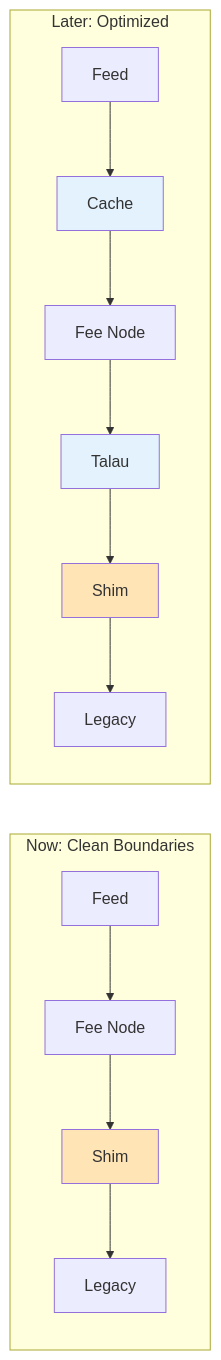
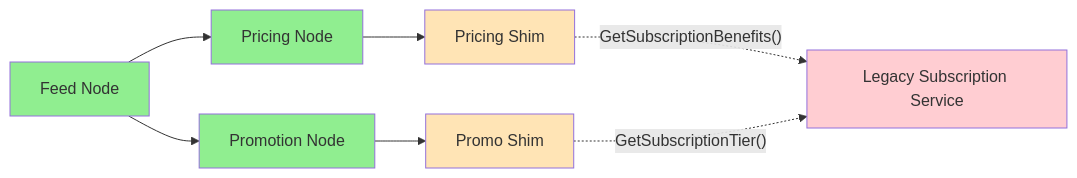
One commit to zhengli-sun/docs changed the third of 3 diagrams in shim/shim-design-principles.md. Above: the diagram before and after it, drawn with Mermaid. The commit also changed other lines of this file, not shown here.

````diff
--- a/shim/shim-design-principles.md
+++ b/shim/shim-design-principles.md
@@ -147,15 +116,18 @@
 ```mermaid
 flowchart LR
-    subgraph "Now: Clean Boundaries"
-        F1[Feed] --> FEE1[Fee Node] --> SHIM1[Shim] --> LEG1[Legacy]
-    end
+    FEED[Feed Node] --> PRICING[Pricing Node]
+    FEED --> PROMO[Promotion Node]
     
-    subgraph "Later: Optimized"
-        F2[Feed] --> CACHE[Cache] --> FEE2[Fee Node] --> TALAU[Talau] --> SHIM2[Shim] --> LEG2[Legacy]
-    end
+    PRICING --> P_SHIM[Pricing Shim]
+    PROMO --> PR_SHIM[Promo Shim]
     
-    style CACHE fill:#E3F2FD
-    style TALAU fill:#E3F2FD
-    style SHIM1 fill:#FFE4B5
-    style SHIM2 fill:#FFE4B5
+    P_SHIM -.->|"GetSubscriptionBenefits()"| SUB[Legacy Subscription Service]
+    PR_SHIM -.->|"GetSubscriptionTier()"| SUB
+    
+    style FEED fill:#90EE90
+    style PRICING fill:#90EE90
+    style PROMO fill:#90EE90
+    style P_SHIM fill:#FFE4B5
+    style PR_SHIM fill:#FFE4B5
+    style SUB fill:#FFCDD2
 ```
````
